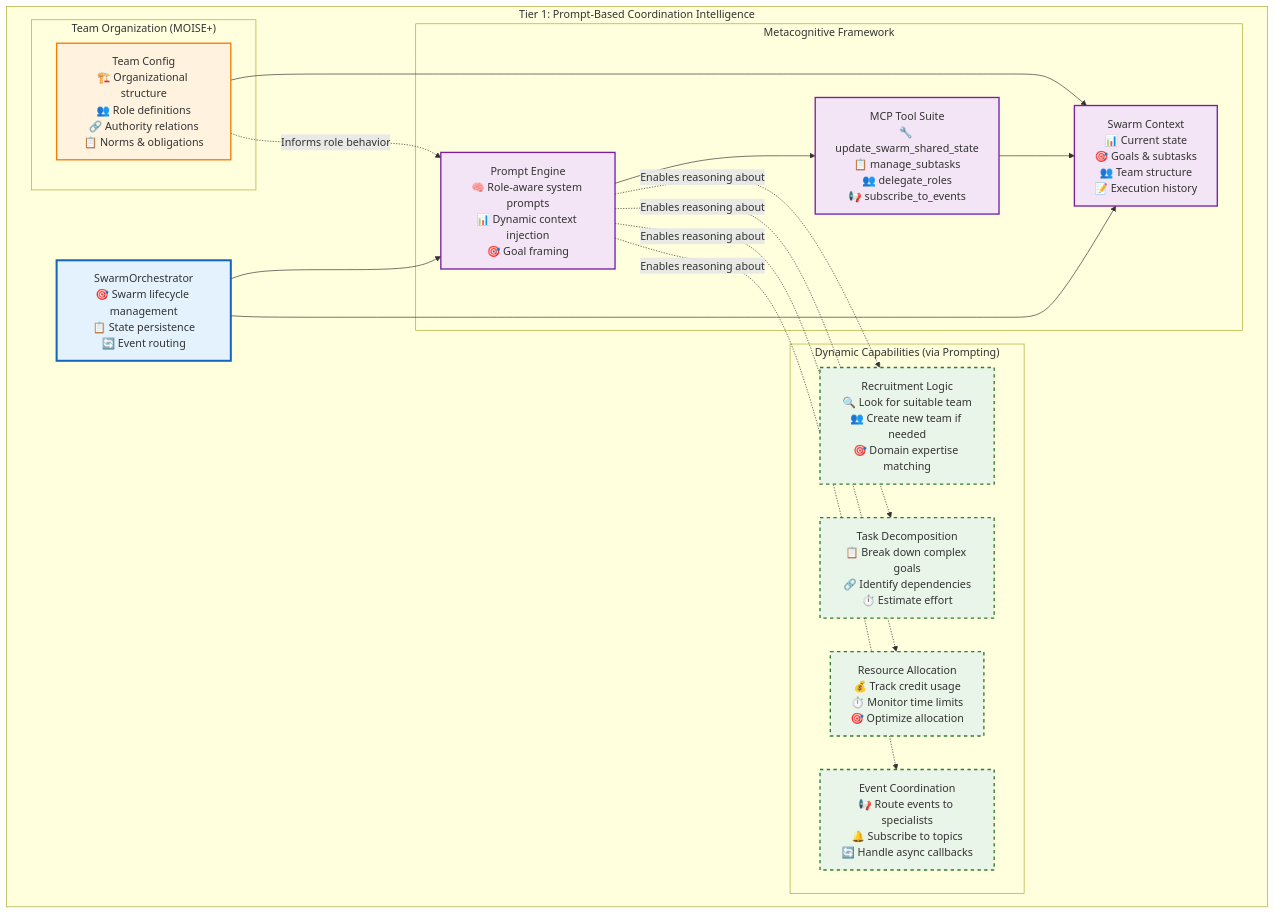
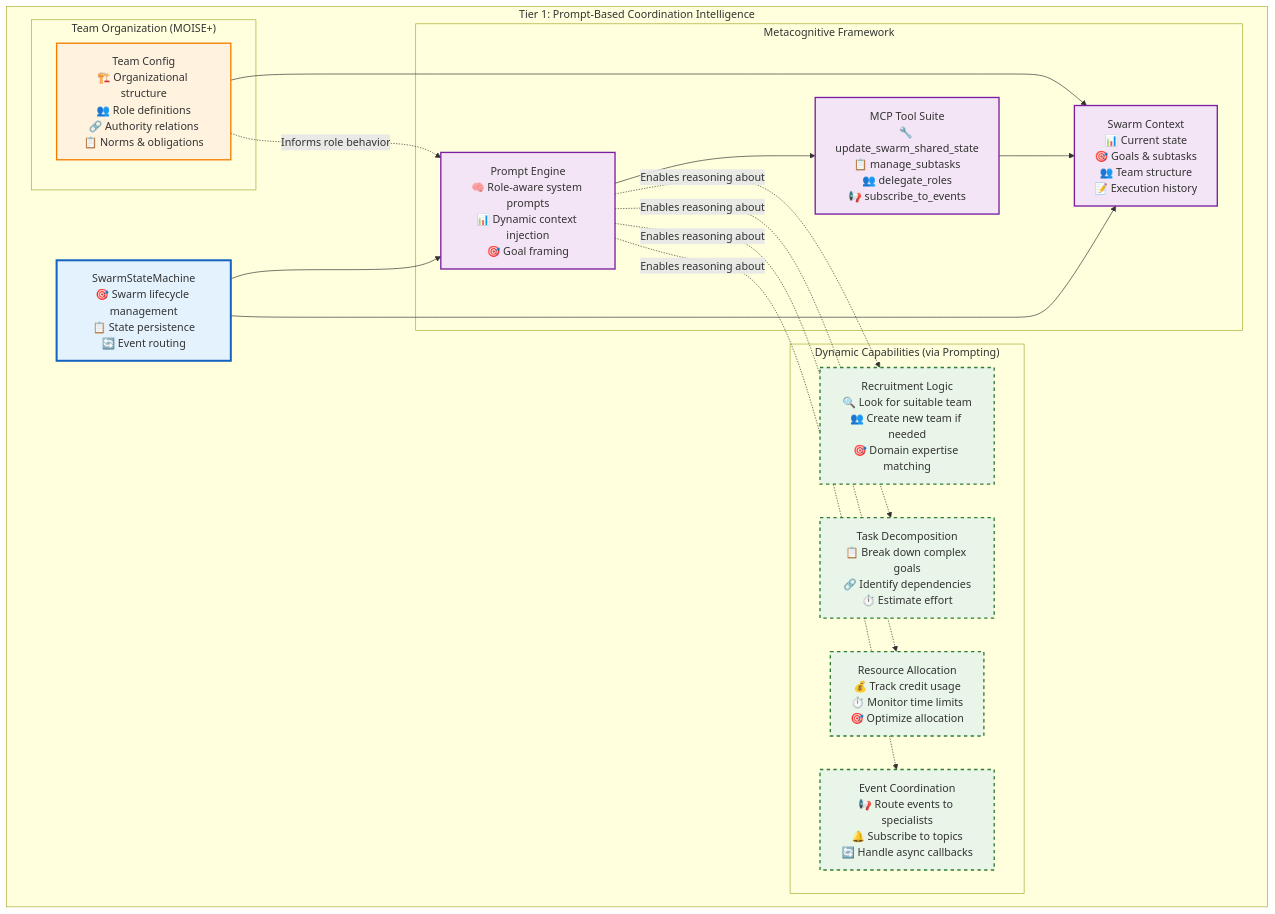
One commit to Vrooli/Vrooli changed diagram 11 of 51 in docs/ai-execution-architecture.md. Above: the diagram before and after it, drawn with Mermaid. The commit also changed other lines of this file, not shown here.

Commit message:
Execution architecture p11

````diff
--- a/docs/ai-execution-architecture.md
+++ b/docs/ai-execution-architecture.md
@@ -396,53 +396,53 @@
 ```mermaid
 graph TB
     subgraph "Tier 1: Prompt-Based Coordination Intelligence"
-        SwarmOrchestrator[SwarmOrchestrator<br/>🎯 Swarm lifecycle management<br/>📋 State persistence<br/>🔄 Event routing]
+        SwarmStateMachine[SwarmStateMachine<br/>🎯 Swarm lifecycle management<br/>📋 State persistence<br/>🔄 Event routing]
         
         subgraph "Metacognitive Framework"
             PromptEngine[Prompt Engine<br/>🧠 Role-aware system prompts<br/>📊 Dynamic context injection<br/>🎯 Goal framing]
             
             MCPTools[MCP Tool Suite<br/>🔧 update_swarm_shared_state<br/>📋 manage_subtasks<br/>👥 delegate_roles<br/>📢 subscribe_to_events]
             
             SwarmContext[Swarm Context<br/>📊 Current state<br/>🎯 Goals & subtasks<br/>👥 Team structure<br/>📝 Execution history]
         end
         
         subgraph "Dynamic Capabilities (via Prompting)"
             RecruitmentLogic[Recruitment Logic<br/>🔍 Look for suitable team<br/>👥 Create new team if needed<br/>🎯 Domain expertise matching]
             
             TaskDecomposition[Task Decomposition<br/>📋 Break down complex goals<br/>🔗 Identify dependencies<br/>⏱️ Estimate effort]
             
             ResourceAllocation[Resource Allocation<br/>💰 Track credit usage<br/>⏱️ Monitor time limits<br/>🎯 Optimize allocation]
             
             EventCoordination[Event Coordination<br/>📢 Route events to specialists<br/>🔔 Subscribe to topics<br/>🔄 Handle async callbacks]
         end
         
         subgraph "Team Organization (MOISE+)"
             TeamConfig[Team Config<br/>🏗️ Organizational structure<br/>👥 Role definitions<br/>🔗 Authority relations<br/>📋 Norms & obligations]
         end
     end
     
     %% Connections
-    SwarmOrchestrator --> PromptEngine
-    SwarmOrchestrator --> SwarmContext
+    SwarmStateMachine --> PromptEngine
+    SwarmStateMachine --> SwarmContext
     PromptEngine --> MCPTools
     MCPTools --> SwarmContext
     
     %% Dynamic capabilities emerge from prompting
     PromptEngine -.->|"Enables reasoning about"| RecruitmentLogic
     PromptEngine -.->|"Enables reasoning about"| TaskDecomposition
     PromptEngine -.->|"Enables reasoning about"| ResourceAllocation
     PromptEngine -.->|"Enables reasoning about"| EventCoordination
     
     TeamConfig --> SwarmContext
     TeamConfig -.->|"Informs role behavior"| PromptEngine
     
     classDef orchestrator fill:#e3f2fd,stroke:#1565c0,stroke-width:3px
     classDef framework fill:#f3e5f5,stroke:#7b1fa2,stroke-width:2px
     classDef dynamic fill:#e8f5e8,stroke:#2e7d32,stroke-width:2px,stroke-dasharray: 5 5
     classDef team fill:#fff3e0,stroke:#f57c00,stroke-width:2px
     
-    class SwarmOrchestrator orchestrator
+    class SwarmStateMachine orchestrator
     class PromptEngine,MCPTools,SwarmContext framework
     class RecruitmentLogic,TaskDecomposition,ResourceAllocation,EventCoordination dynamic
     class TeamConfig team
 ```
````
